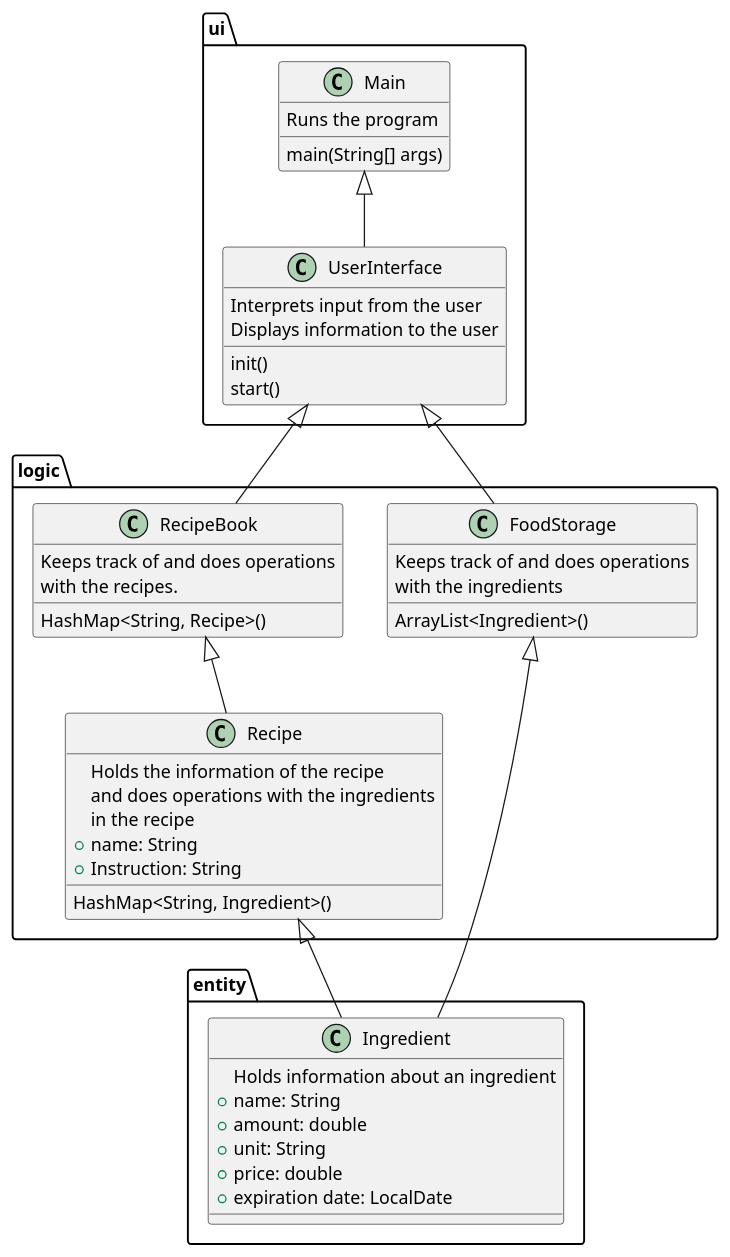
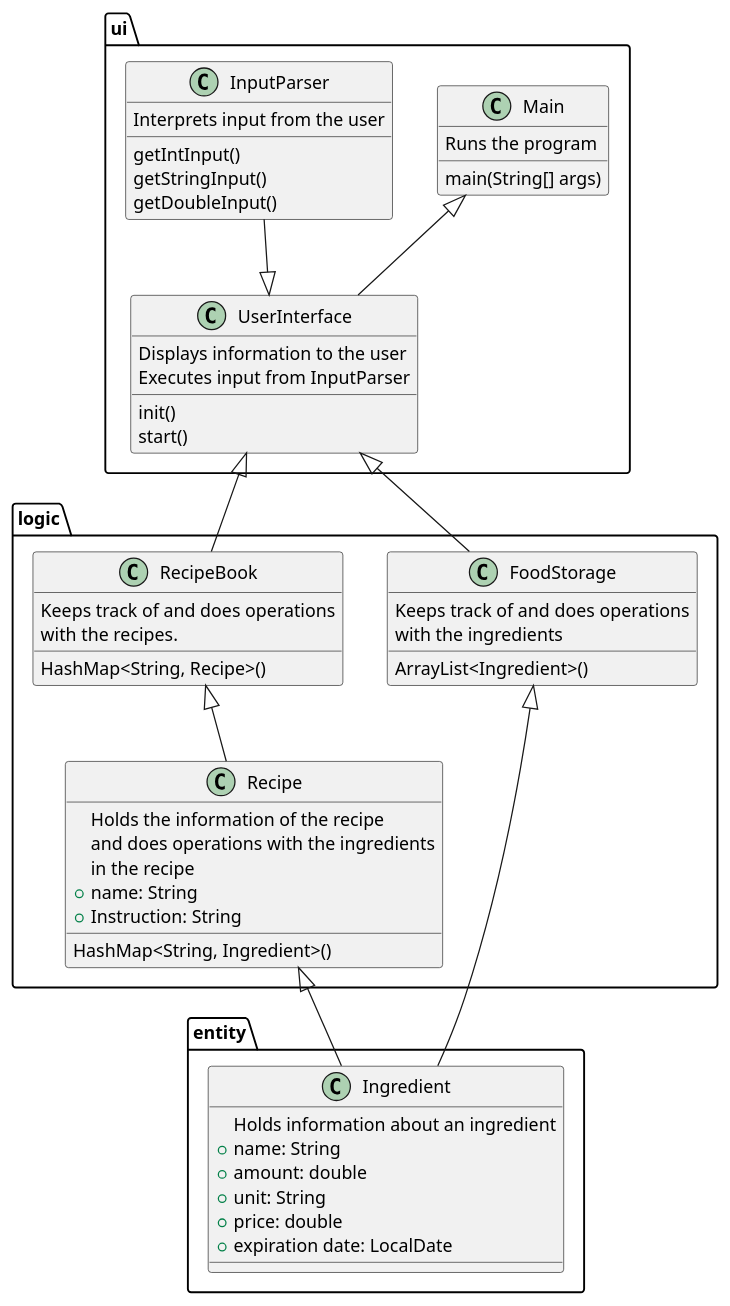
Before and after one commit to fridser/finished-foodwaste-project: the diagram in src/main/java/edu/ntnu/iir/bidata/fridser/ui/Class.puml, drawn with PlantUML. The commit also changed 2 other files, not shown here.

Commit message:
created class InputParser

```diff
--- a/src/main/java/edu/ntnu/iir/bidata/fridser/ui/Class.puml
+++ b/src/main/java/edu/ntnu/iir/bidata/fridser/ui/Class.puml
@@ -1,58 +1,65 @@
 @startuml
 'https://plantuml.com/class-diagram
 
 logic.FoodStorage <|-- entity.Ingredient
 logic.RecipeBook <|-- logic.Recipe
 logic.Recipe <|-- entity.Ingredient
 ui.UserInterface <|-- logic.FoodStorage
 ui.UserInterface <|-- logic.RecipeBook
 ui.Main <|-- ui.UserInterface
+ui.InputParser --|> ui.UserInterface
 
 class ui.UserInterface {
 init()
 start()
+Displays information to the user
+Executes input from InputParser
+}
+
+class ui.InputParser {
 Interprets input from the user
-Displays information to the user
-
+getIntInput()
+getStringInput()
+getDoubleInput()
 }
 
 class ui.Main {
 main(String[] args)
 Runs the program
 }
 
 
 class logic.FoodStorage {
 ArrayList<Ingredient>()
 Keeps track of and does operations
 with the ingredients
 }
 
 class logic.RecipeBook {
 HashMap<String, Recipe>()
 Keeps track of and does operations
 with the recipes.
 }
 
 class logic.Recipe {
 Holds the information of the recipe
 and does operations with the ingredients
 in the recipe
 +name: String
 +Instruction: String
 HashMap<String, Ingredient>()
 }
 
 class entity.Ingredient {
 Holds information about an ingredient
 +name: String
 +amount: double
 +unit: String
 +price: double
 +expiration date: LocalDate
 }
 
 
 
 
 @enduml
```
